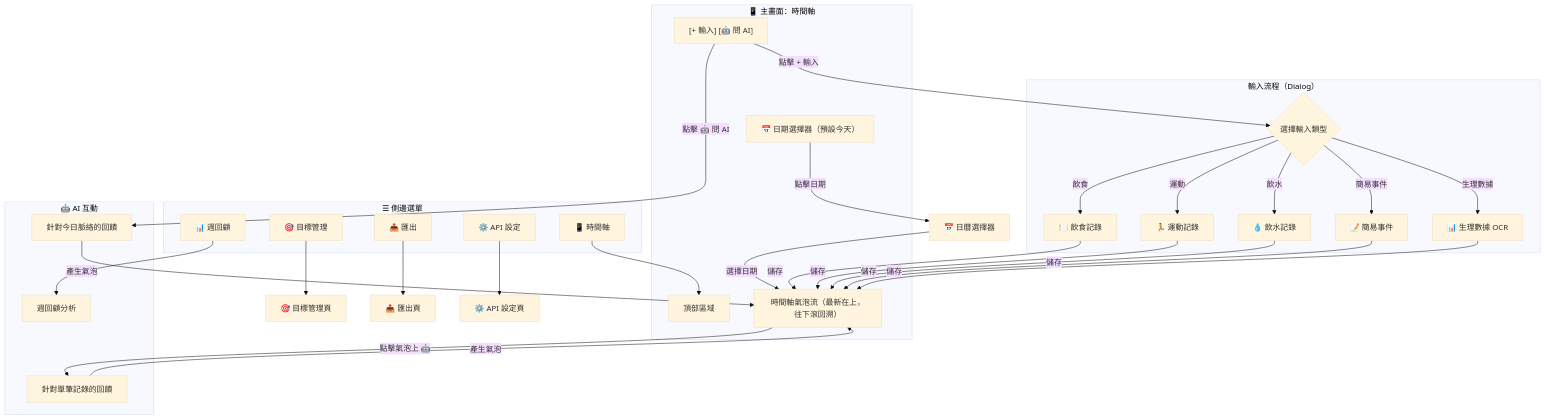
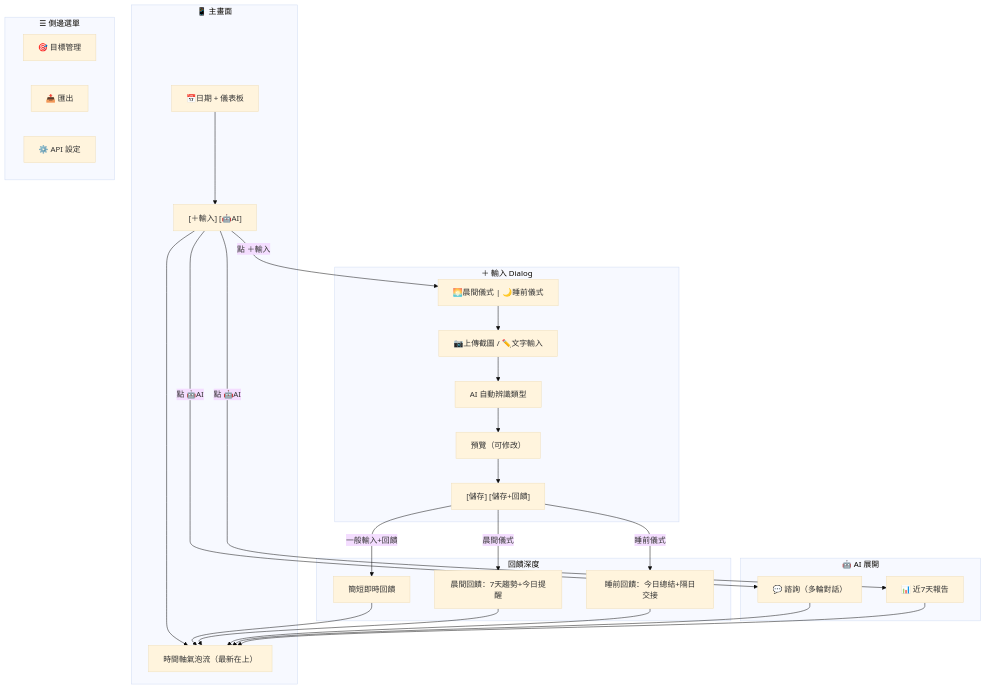
Before and after one commit to hankyeh2025/Body-Hack: the diagram in docs/design/ui_spec.md, drawn with Mermaid (base theme). The commit also changed other lines of this file and 7 other files, not shown here.

````diff
--- a/docs/design/ui_spec.md
+++ b/docs/design/ui_spec.md
@@ -29,60 +26,54 @@
 ```mermaid
 flowchart TD
-    subgraph 主畫面["📱 主畫面：時間軸"]
-        TL_TOP["頂部區域"]
-        TL_DATE["📅 日期選擇器（預設今天）"]
-        TL_ACTIONS["[+ 輸入] [🤖 問 AI]"]
-        TL_STREAM["時間軸氣泡流（最新在上，往下滾回溯）"]
+    subgraph 主畫面["📱 主畫面"]
+        TOP["📅日期 + 儀表板"]
+        BTN["[＋輸入] [🤖AI]"]
+        TIMELINE["時間軸氣泡流（最新在上）"]
+    end
+
+    subgraph 輸入Dialog["＋ 輸入 Dialog"]
+        RITUAL_BTN["🌅晨間儀式 | 🌙睡前儀式"]
+        INPUT_AREA["📷上傳截圖 / ✏️文字輸入"]
+        AI_PARSE["AI 自動辨識類型"]
+        PREVIEW["預覽（可修改）"]
+        SAVE_BTN["[儲存] [儲存+回饋]"]
+    end
+
+    subgraph 回饋類型["回饋深度"]
+        FB_SIMPLE["簡短即時回饋"]
+        FB_MORNING["晨間回饋：7天趨勢+今日提醒"]
+        FB_NIGHT["睡前回饋：今日總結+隔日交接"]
+    end
+
+    subgraph AI選項["🤖 AI 展開"]
+        CONSULT["💬 諮詢（多輪對話）"]
+        REVIEW["📊 近7天報告"]
     end
 
     subgraph 側邊選單["☰ 側邊選單"]
-        MENU_TIMELINE["📱 時間軸"]
-        MENU_GOALS["🎯 目標管理"]
+        MENU_GOAL["🎯 目標管理"]
         MENU_EXPORT["📤 匯出"]
-        MENU_WEEKLY["📊 週回顧"]
         MENU_API["⚙️ API 設定"]
     end
 
-    subgraph 輸入流程["輸入流程（Dialog）"]
-        INPUT_SELECT{"選擇輸入類型"}
-        INPUT_MEAL["🍽️ 飲食記錄"]
-        INPUT_EXERCISE["🏃 運動記錄"]
-        INPUT_WATER["💧 飲水記錄"]
-        INPUT_SIMPLE["📝 簡易事件"]
-        INPUT_PHYSIO["📊 生理數據 OCR"]
-    end
+    TOP --> BTN
+    BTN --> TIMELINE
 
-    subgraph AI互動["🤖 AI 互動"]
-        AI_SINGLE["針對單筆記錄的回饋"]
-        AI_CONTEXT["針對今日脈絡的回饋"]
-        AI_WEEKLY["週回顧分析"]
-    end
+    BTN -->|點 ＋輸入| RITUAL_BTN
+    RITUAL_BTN --> INPUT_AREA
+    INPUT_AREA --> AI_PARSE
+    AI_PARSE --> PREVIEW
+    PREVIEW --> SAVE_BTN
 
-    TL_ACTIONS -->|點擊 + 輸入| INPUT_SELECT
-    TL_ACTIONS -->|點擊 🤖 問 AI| AI_CONTEXT
-    TL_DATE -->|點擊日期| DATE_PICKER["📅 日曆選擇器"]
-    DATE_PICKER -->|選擇日期| TL_STREAM
+    SAVE_BTN -->|一般輸入+回饋| FB_SIMPLE
+    SAVE_BTN -->|晨間儀式| FB_MORNING
+    SAVE_BTN -->|睡前儀式| FB_NIGHT
 
-    TL_STREAM -->|點擊氣泡上 🤖| AI_SINGLE
+    FB_SIMPLE --> TIMELINE
+    FB_MORNING --> TIMELINE
+    FB_NIGHT --> TIMELINE
 
-    INPUT_SELECT -->|飲食| INPUT_MEAL
-    INPUT_SELECT -->|運動| INPUT_EXERCISE
-    INPUT_SELECT -->|飲水| INPUT_WATER
-    INPUT_SELECT -->|簡易事件| INPUT_SIMPLE
-    INPUT_SELECT -->|生理數據| INPUT_PHYSIO
-
-    INPUT_MEAL -->|儲存| TL_STREAM
-    INPUT_EXERCISE -->|儲存| TL_STREAM
-    INPUT_WATER -->|儲存| TL_STREAM
-    INPUT_SIMPLE -->|儲存| TL_STREAM
-    INPUT_PHYSIO -->|儲存| TL_STREAM
-
-    AI_SINGLE -->|產生氣泡| TL_STREAM
-    AI_CONTEXT -->|產生氣泡| TL_STREAM
-
-    MENU_TIMELINE --> TL_TOP
-    MENU_GOALS --> GOAL_PAGE["🎯 目標管理頁"]
-    MENU_EXPORT --> EXPORT_PAGE["📤 匯出頁"]
-    MENU_WEEKLY --> AI_WEEKLY
-    MENU_API --> API_PAGE["⚙️ API 設定頁"]
+    BTN -->|點 🤖AI| CONSULT & REVIEW
+    CONSULT --> TIMELINE
+    REVIEW --> TIMELINE
 ```
````
